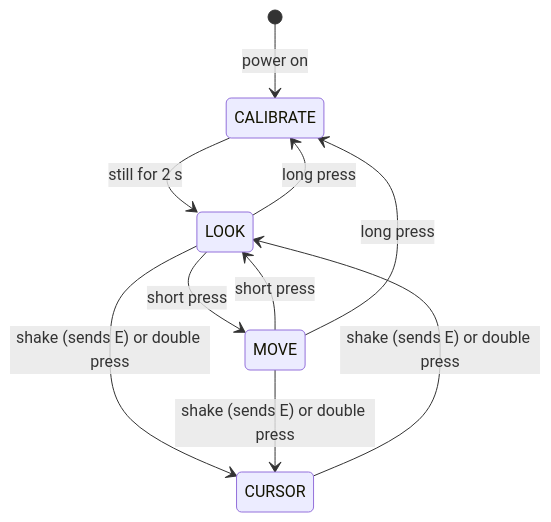
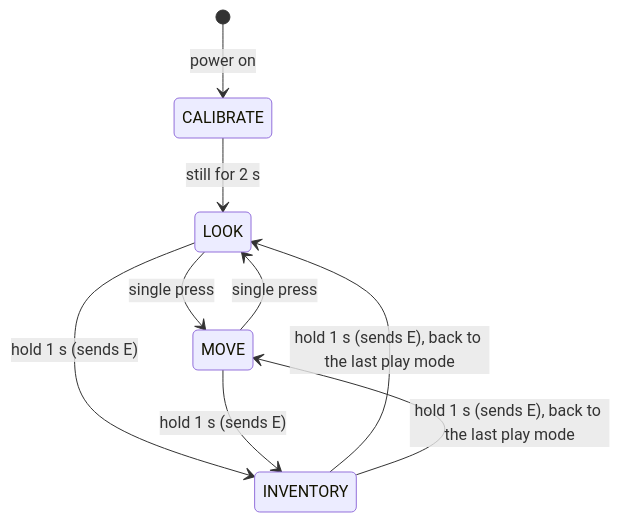
One commit to oliBrowne/swing-to-mine changed the second of 2 diagrams in docs/architecture.md. Above: the diagram before and after it, drawn with Mermaid. The commit also changed other lines of this file and 7 other files, not shown here.

Commit message:
Add button controls spec: move/look, inventory hold, crouch

````diff
--- a/docs/architecture.md
+++ b/docs/architecture.md
@@ -45,12 +45,11 @@
 ```mermaid
 stateDiagram-v2
     [*] --> CALIBRATE: power on
     CALIBRATE --> LOOK: still for 2 s
-    LOOK --> MOVE: short press
-    MOVE --> LOOK: short press
-    LOOK --> CURSOR: shake (sends E) or double press
-    MOVE --> CURSOR: shake (sends E) or double press
-    CURSOR --> LOOK: shake (sends E) or double press
-    LOOK --> CALIBRATE: long press
-    MOVE --> CALIBRATE: long press
+    LOOK --> MOVE: single press
+    MOVE --> LOOK: single press
+    LOOK --> INVENTORY: hold 1 s (sends E)
+    MOVE --> INVENTORY: hold 1 s (sends E)
+    INVENTORY --> LOOK: hold 1 s (sends E), back to the last play mode
+    INVENTORY --> MOVE: hold 1 s (sends E), back to the last play mode
 ```
````
